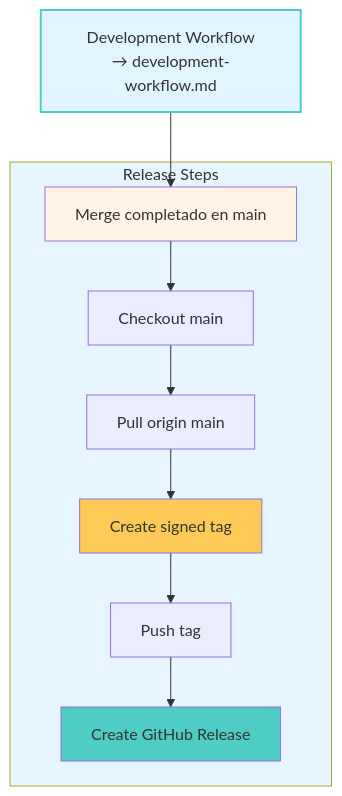
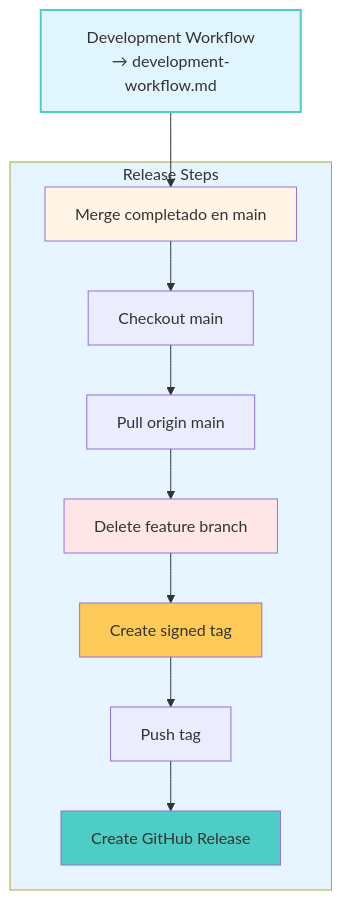
The diagram in docs/manuals/release-workflow.md (nesxtep-software/Vektra), drawn with Mermaid before and after one commit. The commit also changed other lines of this file and 1 other file, not shown here.

````diff
--- a/docs/manuals/release-workflow.md
+++ b/docs/manuals/release-workflow.md
@@ -26,19 +26,21 @@
 ```mermaid
 flowchart TD
     A[Development Workflow<br/>→ development-workflow.md] --> B[Merge completado en main]
     
     subgraph ReleaseSteps["Release Steps"]
         B --> C[Checkout main]
         C --> D[Pull origin main]
-        D --> E[Create signed tag]
-        E --> F[Push tag]
-        F --> G[Create GitHub Release]
+        D --> E[Delete feature branch]
+        E --> F[Create signed tag]
+        F --> G[Push tag]
+        G --> H[Create GitHub Release]
     end
     
     style A fill:#e1f5ff
     style B fill:#fff4e6
     style ReleaseSteps fill:#e6f5ff
     style A stroke:#4ecdc4,stroke-width:2px
-    style E fill:#feca57
-    style G fill:#4ecdc4
+    style E fill:#ffe6e6
+    style F fill:#feca57
+    style H fill:#4ecdc4
 ```
````
